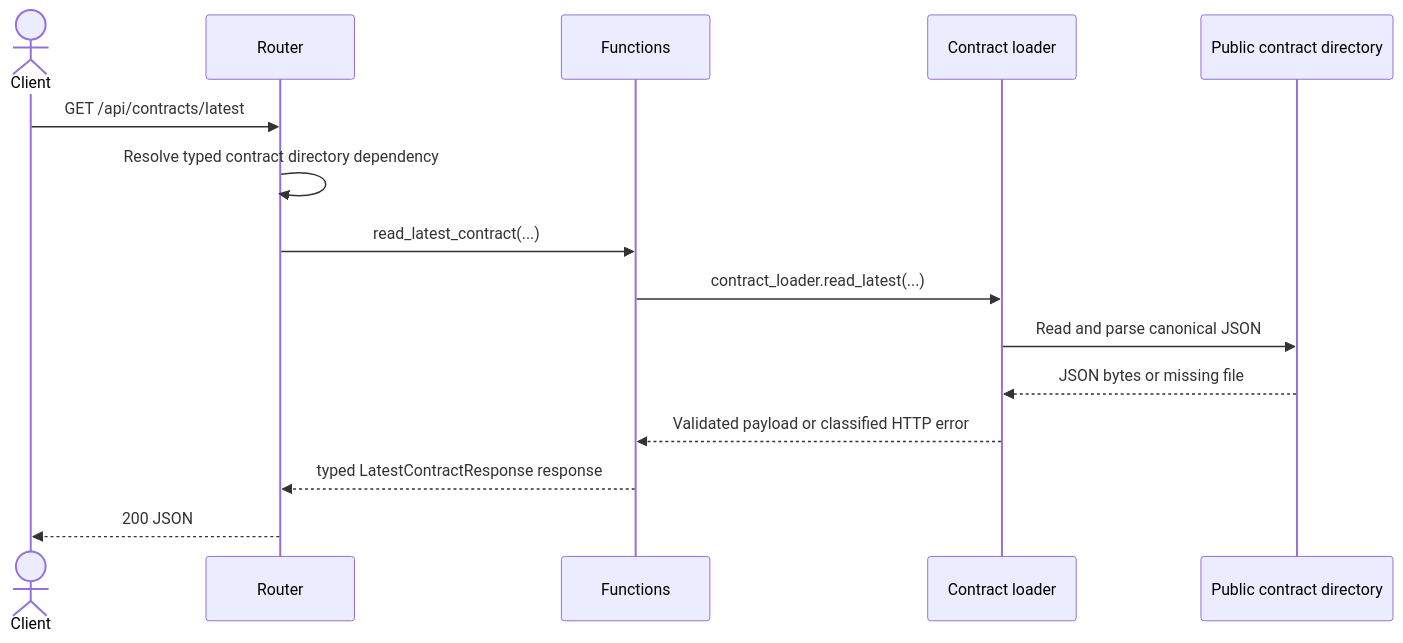
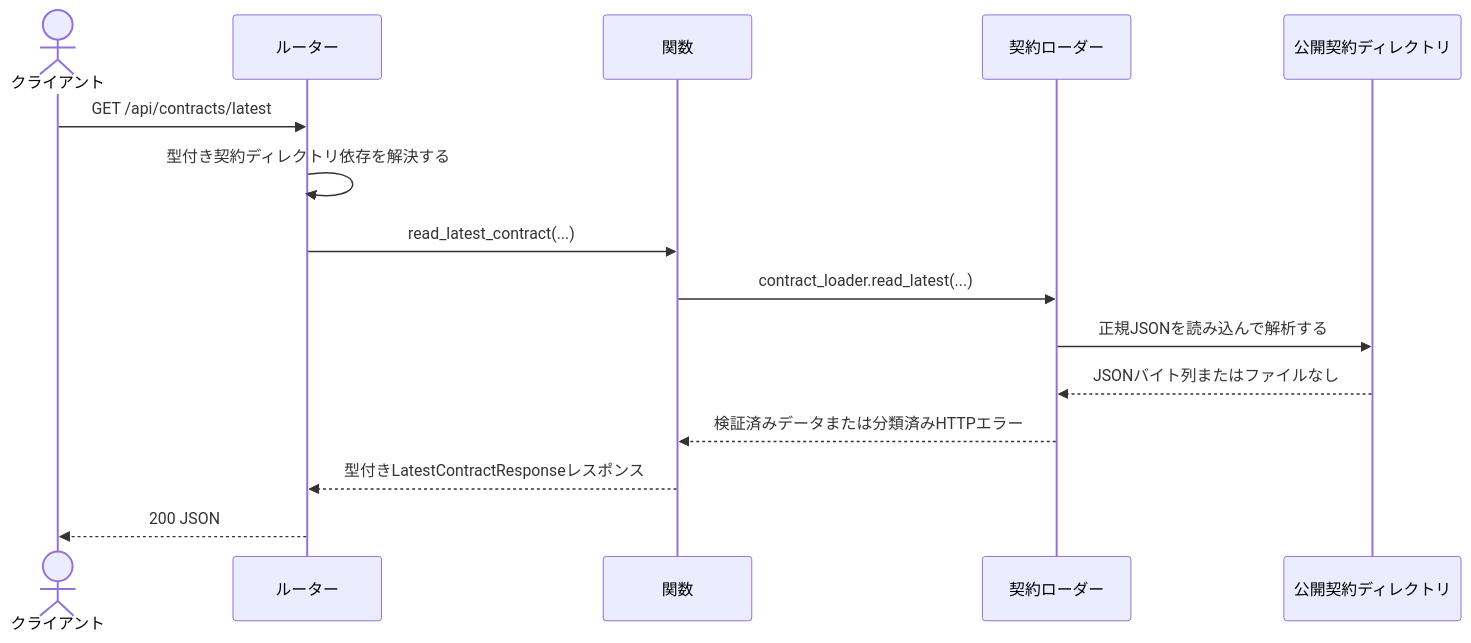
One commit to tsuji-tomonori/diopside-v7 changed the diagram in backend/docs/api/operations/getLatestContract/sequence.gen.md. Above: the diagram before and after it, drawn with Mermaid. The commit also changed other lines of this file and 142 other files, not shown here.

````diff
--- a/backend/docs/api/operations/getLatestContract/sequence.gen.md
+++ b/backend/docs/api/operations/getLatestContract/sequence.gen.md
@@ -3,17 +3,17 @@
 ```mermaid
 sequenceDiagram
-    actor Client
-    participant Router
-    participant Functions
-    participant Loader as Contract loader
-    participant Storage as Public contract directory
+    actor Client as クライアント
+    participant Router as ルーター
+    participant Functions as 関数
+    participant Loader as 契約ローダー
+    participant Storage as 公開契約ディレクトリ
     Client->>Router: GET /api/contracts/latest
-    Router->>Router: Resolve typed contract directory dependency
+    Router->>Router: 型付き契約ディレクトリ依存を解決する
     Router->>Functions: read_latest_contract(...) 
     Functions->>Loader: contract_loader.read_latest(...) 
-    Loader->>Storage: Read and parse canonical JSON
-    Storage-->>Loader: JSON bytes or missing file
-    Loader-->>Functions: Validated payload or classified HTTP error
-    Functions-->>Router: typed LatestContractResponse response
+    Loader->>Storage: 正規JSONを読み込んで解析する
+    Storage-->>Loader: JSONバイト列またはファイルなし
+    Loader-->>Functions: 検証済みデータまたは分類済みHTTPエラー
+    Functions-->>Router: 型付きLatestContractResponseレスポンス
     Router-->>Client: 200 JSON
 ```
````
